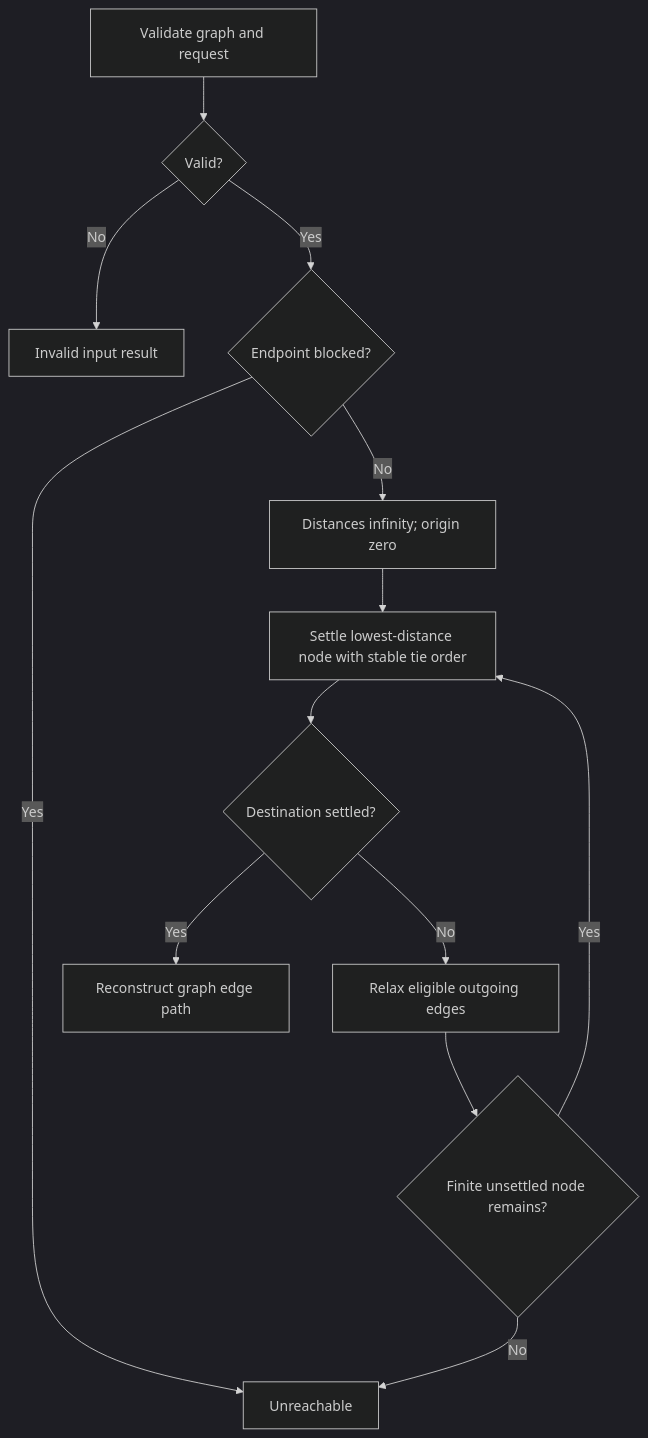
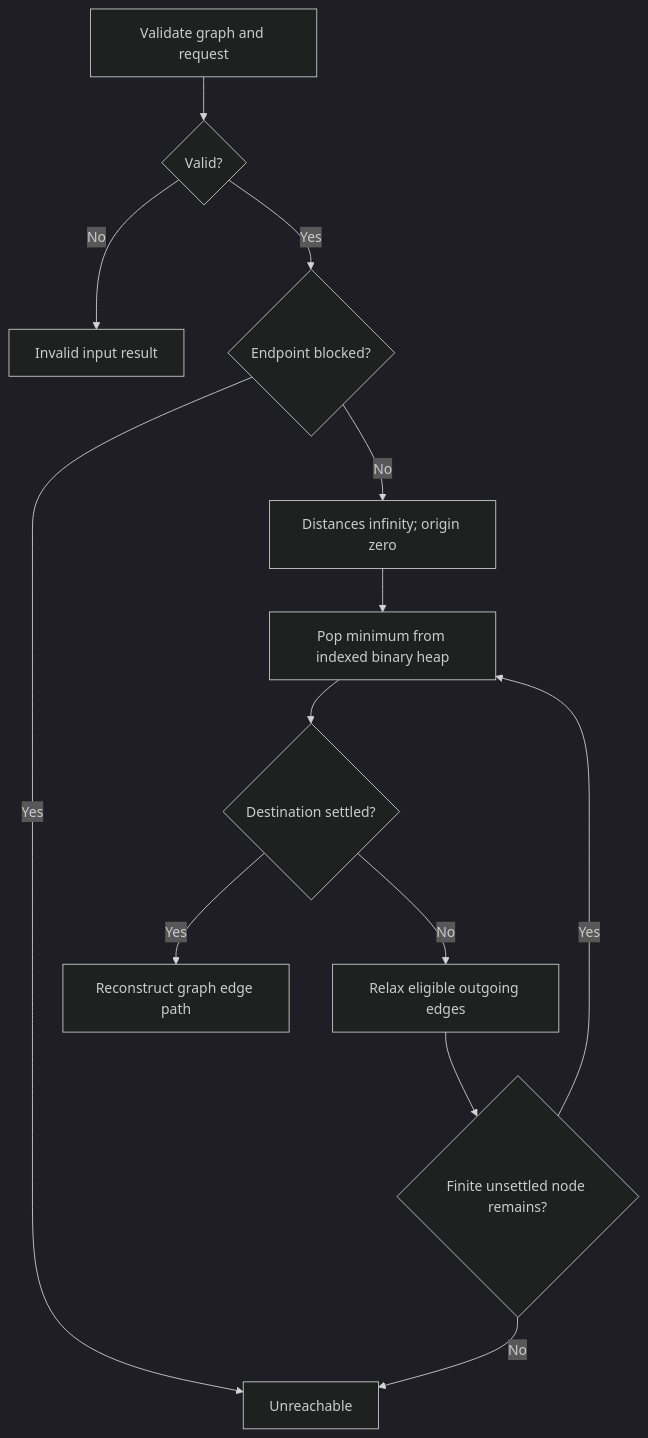
Before and after one commit to UmarAlMukhtar/GhostRoute: the second of 4 diagrams in docs/ARCHITECTURE.md, drawn with Mermaid (dark theme). The commit also changed other lines of this file and 22 other files, not shown here.

Commit message:
feat(routing): add deterministic heap Dijkstra and node snapping

````diff
--- a/docs/ARCHITECTURE.md
+++ b/docs/ARCHITECTURE.md
@@ -57,15 +59,15 @@
 ```mermaid
 flowchart TD
   Request[Validate graph and request] --> Valid{Valid?}
   Valid -- No --> Invalid[Invalid input result]
   Valid -- Yes --> Endpoint{Endpoint blocked?}
   Endpoint -- Yes --> NoPath[Unreachable]
   Endpoint -- No --> Init[Distances infinity; origin zero]
-  Init --> Pick[Settle lowest-distance node with stable tie order]
+  Init --> Pick[Pop minimum from indexed binary heap]
   Pick --> Destination{Destination settled?}
   Destination -- Yes --> Reconstruct[Reconstruct graph edge path]
   Destination -- No --> Relax[Relax eligible outgoing edges]
   Relax --> Remain{Finite unsettled node remains?}
   Remain -- Yes --> Pick
   Remain -- No --> NoPath
 ```
````
